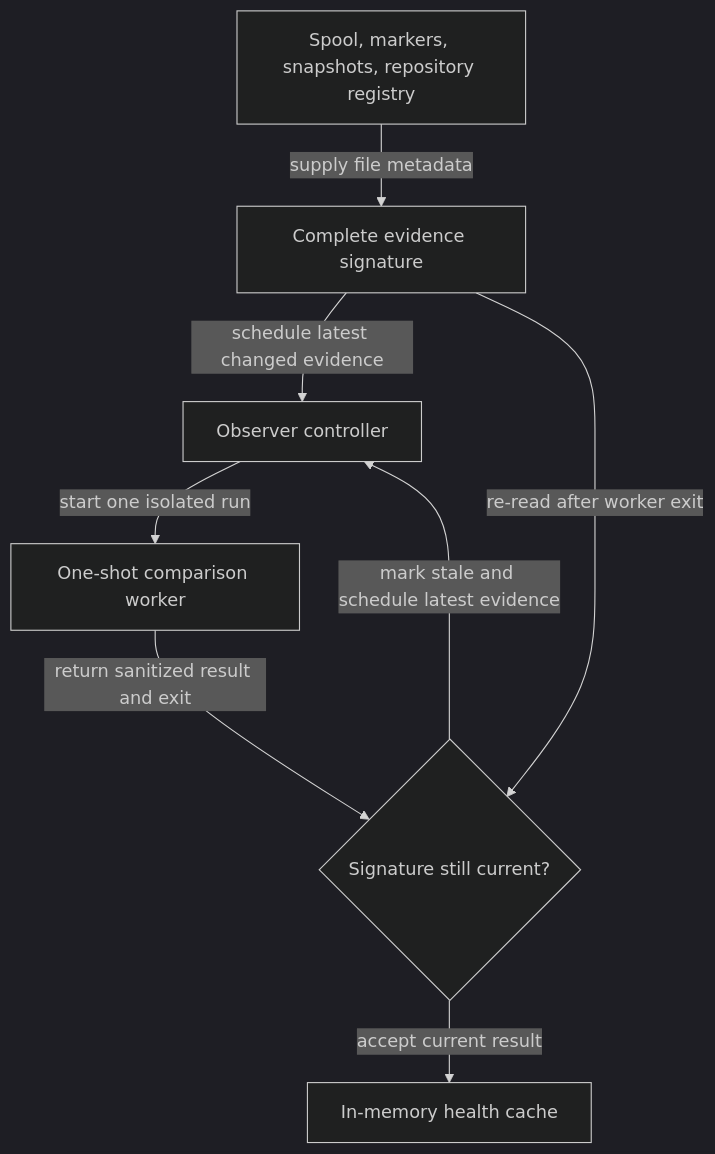
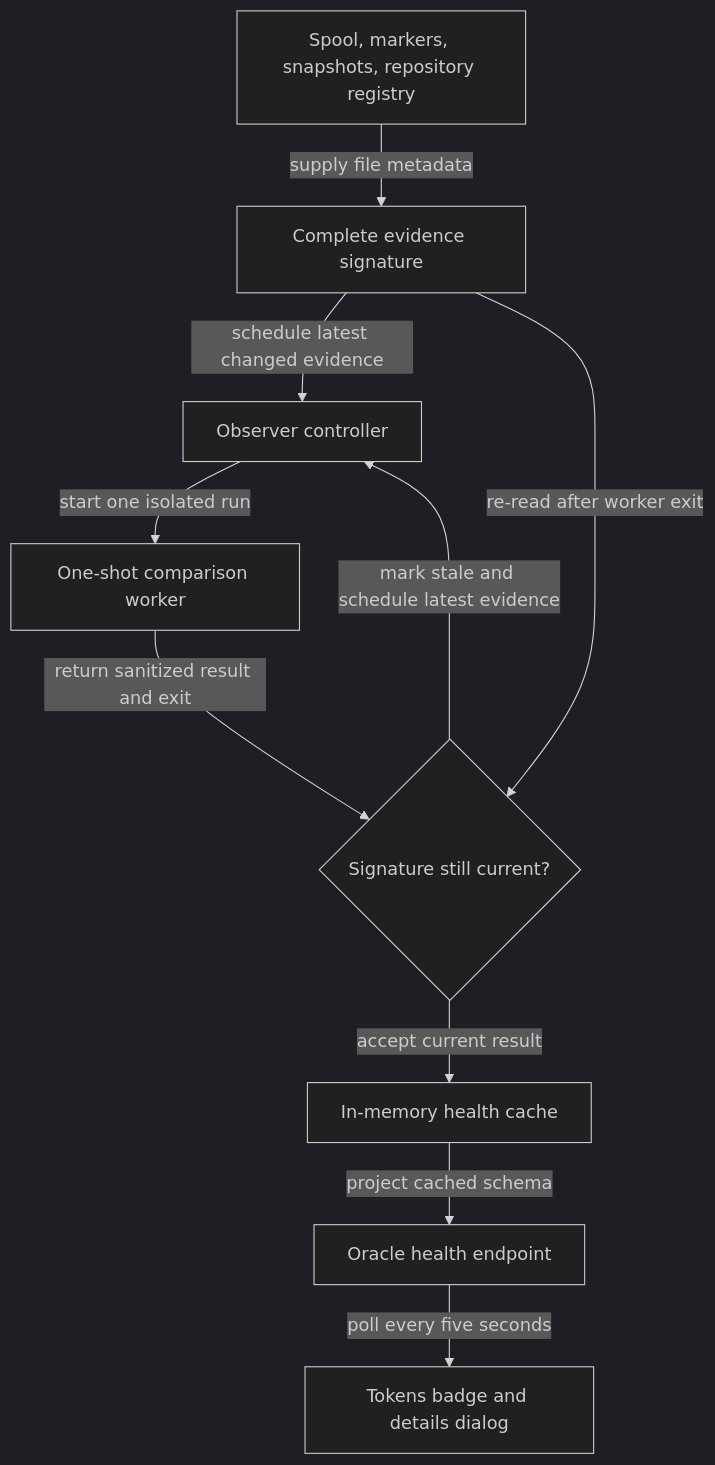
Before and after one commit to kirinmurphy/roborepo: the second of 2 diagrams in docs/internal/telemetry-internals.md, drawn with Mermaid (dark theme). The commit also changed other lines of this file and 14 other files, not shown here.

````diff
--- a/docs/internal/telemetry-internals.md
+++ b/docs/internal/telemetry-internals.md
@@ -122,10 +126,12 @@
 ```mermaid
 flowchart TD
     stores[Spool, markers, snapshots, repository registry] -->|supply file metadata| signature[Complete evidence signature]
     signature -->|schedule latest changed evidence| observer[Observer controller]
     observer -->|start one isolated run| worker[One-shot comparison worker]
     worker -->|return sanitized result and exit| fresh{Signature still current?}
     signature -->|re-read after worker exit| fresh
     fresh -->|accept current result| cache[In-memory health cache]
     fresh -->|mark stale and schedule latest evidence| observer
+    cache -->|project cached schema| endpoint[Oracle health endpoint]
+    endpoint -->|poll every five seconds| badge[Tokens badge and details dialog]
 ```
````
